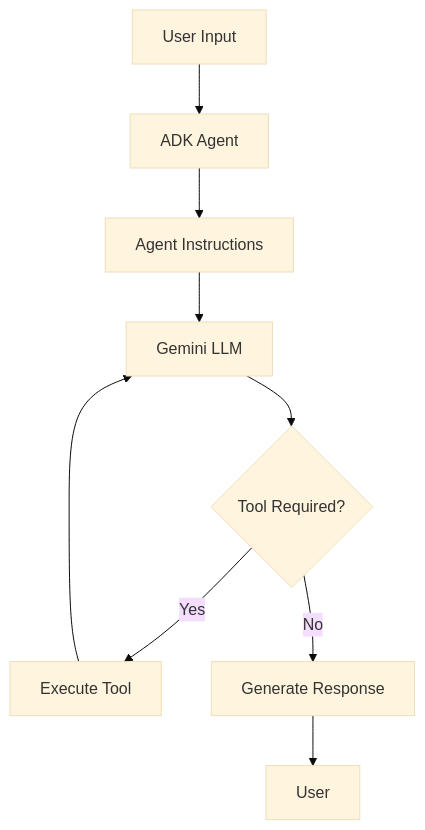
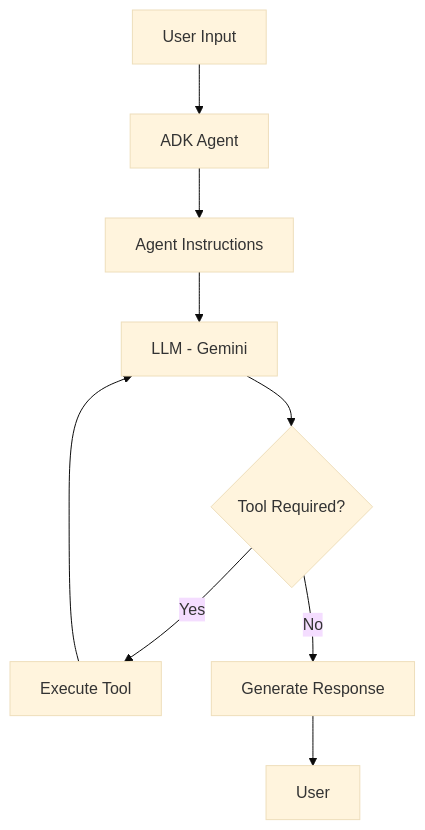
Before and after one commit to mayanknegi22/Google-adk: the diagram in README.md, drawn with Mermaid (base theme). The commit also changed other lines of this file, not shown here.

````diff
--- a/README.md
+++ b/README.md
@@ -82,11 +83,11 @@
 ```mermaid
 flowchart TD
     A[User Input] --> B[ADK Agent]
     B --> C[Agent Instructions]
-    C --> D[Gemini LLM]
+    C --> D[LLM - Gemini]
     D --> E{Tool Required?}
-    E -->|Yes| F[Execute Tool]
+    E -- Yes --> F[Execute Tool]
     F --> D
-    E -->|No| G[Generate Response]
+    E -- No --> G[Generate Response]
     G --> H[User]
 ```
````
